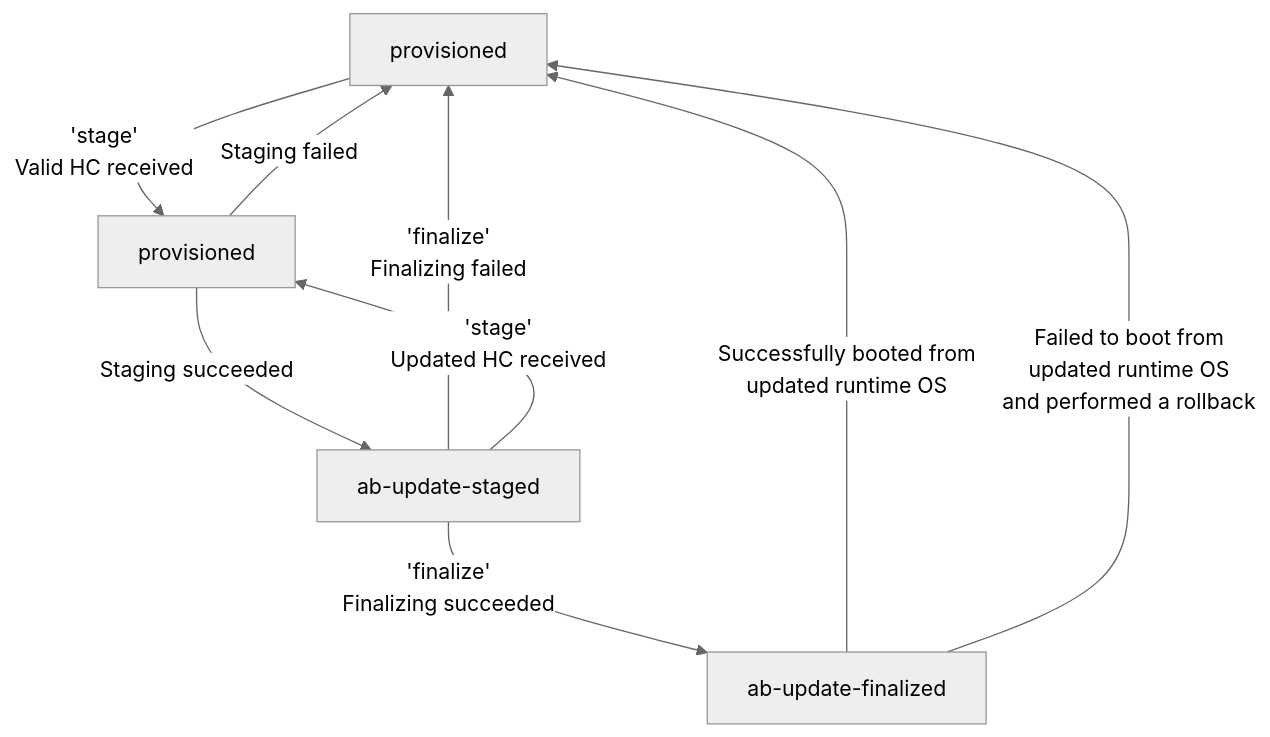
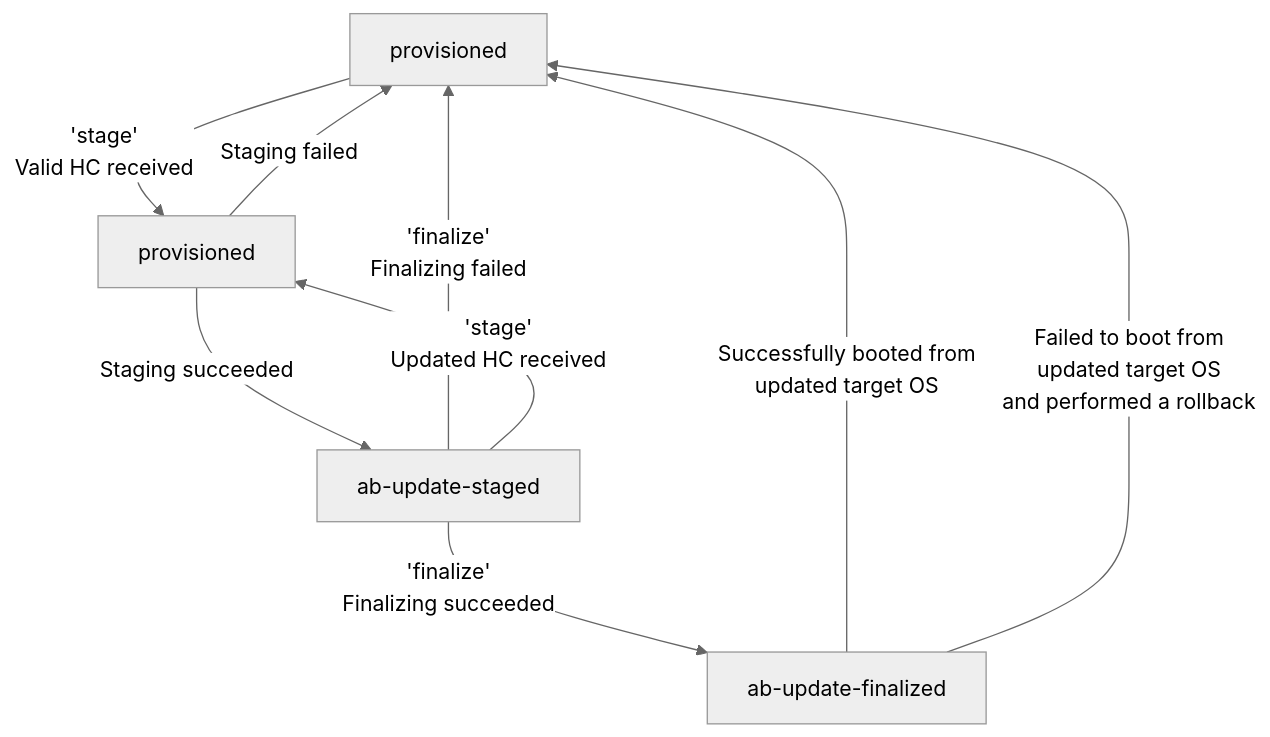
The second of 2 diagrams in dev-docs/allowed-operations.md (microsoft/trident), drawn with Mermaid (neutral theme) before and after one commit. The commit also changed other lines of this file and 15 other files, not shown here.

```diff
--- a/dev-docs/allowed-operations.md
+++ b/dev-docs/allowed-operations.md
@@ -98,25 +98,25 @@
 ::: mermaid
 graph TD
     A[provisioned] --> |'stage'<br/>Valid HC received|B[provisioned]
     B --> |Staging failed|A
     B --> |Staging succeeded|C[ab-update-staged]
     C --> |'finalize'<br/>Finalizing succeeded|E[ab-update-finalized]
     C --> |'finalize'<br/>Finalizing failed|A
     C --> |'stage'<br/>Updated HC received|B
-    E --> |Successfully booted from<br/>updated runtime OS|A
-    E --> |Failed to boot from<br/>updated runtime OS<br/>and performed a rollback|A
+    E --> |Successfully booted from<br/>updated target OS|A
+    E --> |Failed to boot from<br/>updated target OS<br/>and performed a rollback|A
 
     style A white-space:normal,overflow-wrap:break-word,padding:10px
     style B white-space:normal,overflow-wrap:break-word,padding:10px
     style C white-space:normal,overflow-wrap:break-word,padding:10px
     style E white-space:normal,overflow-wrap:break-word,padding:10px
 
     %% Adjust edge text wrapping and size
     linkStyle 0 max-width:500px,white-space:normal,overflow-wrap:break-word
     linkStyle 1 max-width:300px,white-space:normal,overflow-wrap:break-word
     linkStyle 2 max-width:300px,white-space:normal,overflow-wrap:break-word
     linkStyle 3 max-width:300px,white-space:normal,overflow-wrap:break-word
     linkStyle 4 max-width:300px,white-space:normal,overflow-wrap:break-word
     linkStyle 5 max-width:300px,white-space:normal,overflow-wrap:break-word
     linkStyle 6 max-width:500px,white-space:normal,overflow-wrap:break-word
 :::
```
